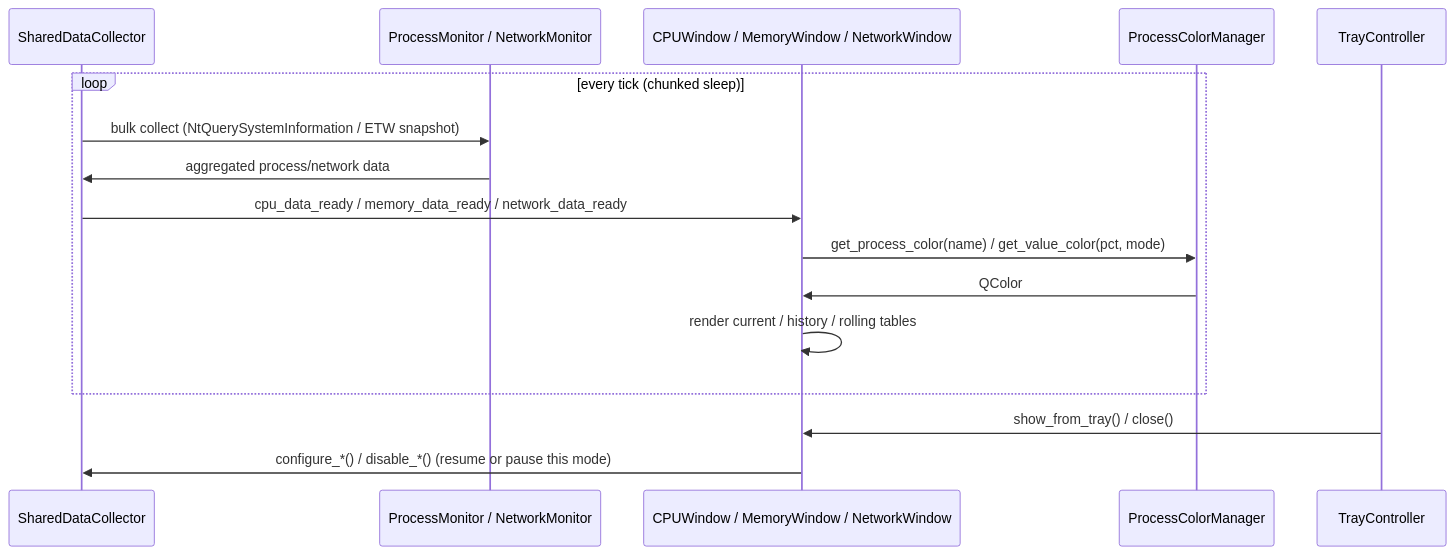
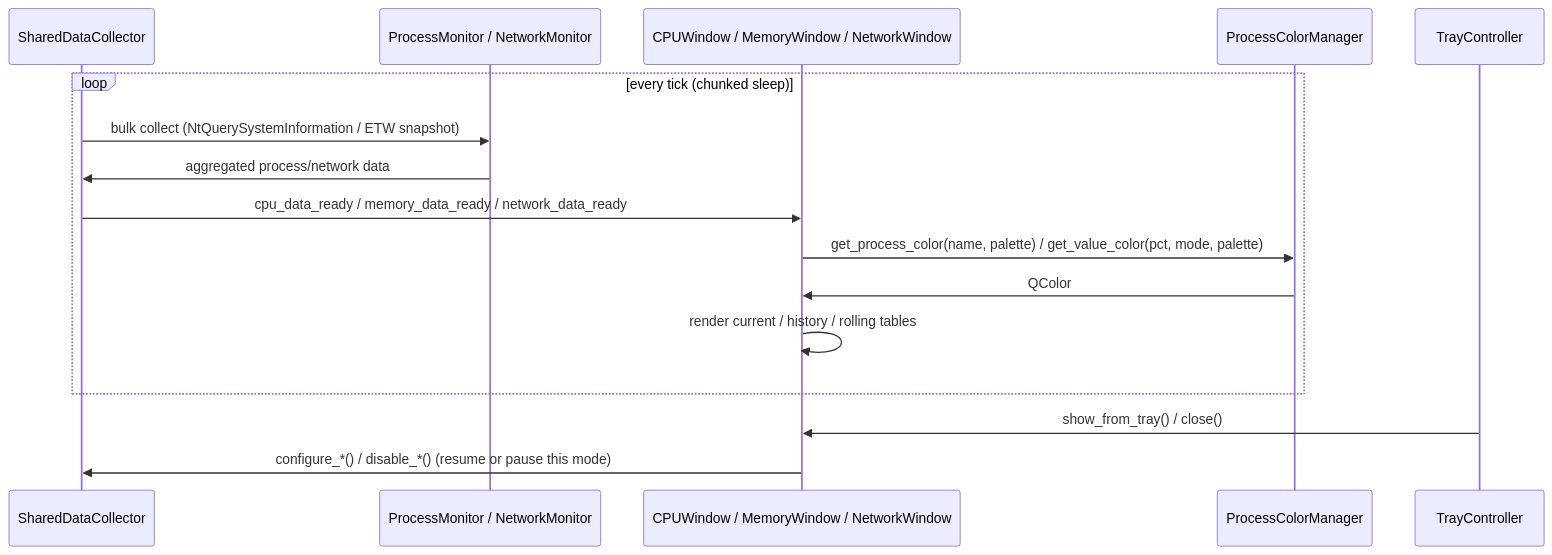
One commit to UVuruna/Vitals changed the second of 2 diagrams in README.md. Above: the diagram before and after it, drawn with Mermaid. The commit also changed other lines of this file and 11 other files, not shown here.

````diff
--- a/README.md
+++ b/README.md
@@ -209,20 +209,20 @@
 ```mermaid
 sequenceDiagram
     participant SDC as SharedDataCollector
     participant PM as ProcessMonitor / NetworkMonitor
     participant W as CPUWindow / MemoryWindow / NetworkWindow
     participant PCM as ProcessColorManager
     participant TRAY as TrayController
 
     loop every tick (chunked sleep)
         SDC->>PM: bulk collect (NtQuerySystemInformation / ETW snapshot)
         PM->>SDC: aggregated process/network data
         SDC->>W: cpu_data_ready / memory_data_ready / network_data_ready
-        W->>PCM: get_process_color(name) / get_value_color(pct, mode)
+        W->>PCM: get_process_color(name, palette) / get_value_color(pct, mode, palette)
         PCM->>W: QColor
         W->>W: render current / history / rolling tables
     end
 
     TRAY->>W: show_from_tray() / close()
     W->>SDC: configure_*() / disable_*() (resume or pause this mode)
 ```
````
